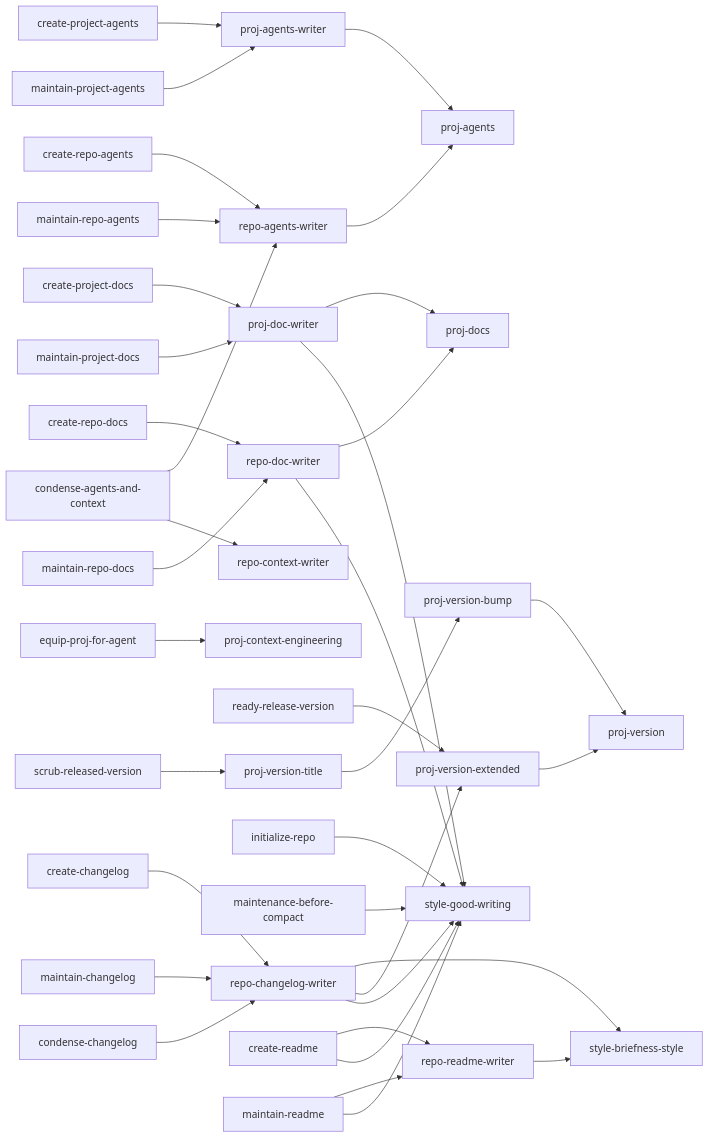
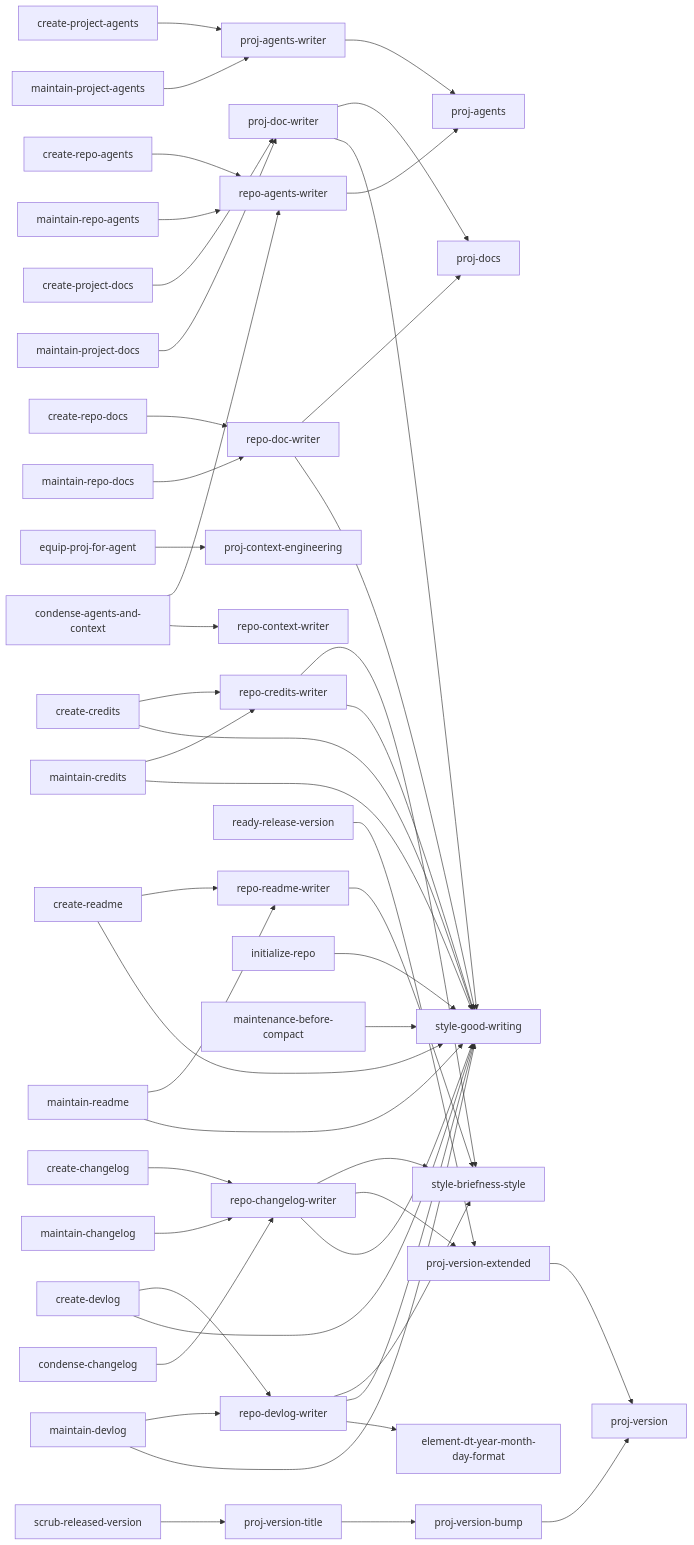
One commit to kami-lel/kaye-library changed the second of 7 diagrams in docs/blueprint-doc.md. Above: the diagram before and after it, drawn with Mermaid. The commit also changed 6 other files, not shown here.

First line of the commit message:
doc CREDITS & DEVLOG writers: catalog rows, dep graph, skill count

````diff
--- a/docs/blueprint-doc.md
+++ b/docs/blueprint-doc.md
@@ -37,38 +37,51 @@
 ```mermaid
 flowchart LR
     proj_agents_writer["proj-agents-writer"] --> proj_agents["proj-agents"]
     repo_agents_writer["repo-agents-writer"] --> proj_agents
     proj_doc_writer["proj-doc-writer"] --> proj_docs["proj-docs"]
     repo_doc_writer["repo-doc-writer"] --> proj_docs
     proj_doc_writer --> style_good_writing["style-good-writing"]
     repo_doc_writer --> style_good_writing
     equip_proj_for_agent["equip-proj-for-agent"] --> proj_context_engineering["proj-context-engineering"]
     repo_readme_writer["repo-readme-writer"] --> style_briefness_style["style-briefness-style"]
     repo_changelog_writer["repo-changelog-writer"] --> style_briefness_style
     repo_changelog_writer --> proj_version_extended["proj-version-extended"]
     repo_changelog_writer --> style_good_writing
+    repo_credits_writer["repo-credits-writer"] --> style_briefness_style
+    repo_credits_writer --> style_good_writing
+    repo_devlog_writer["repo-devlog-writer"] --> style_briefness_style
+    repo_devlog_writer --> style_good_writing
+    repo_devlog_writer --> element_dt_year_month_day_format["element-dt-year-month-day-format"]
     ready_release_version["ready-release-version"] --> proj_version_extended
     scrub_released_version["scrub-released-version"] --> proj_version_title["proj-version-title"]
     proj_version_title["proj-version-title"] --> proj_version_bump["proj-version-bump"]
     proj_version_bump --> proj_version["proj-version"]
     proj_version_extended --> proj_version
     initialize_repo["initialize-repo"] --> style_good_writing
     maintenance_before_compact["maintenance-before-compact"] --> style_good_writing
     condense_agents_and_context["condense-agents-and-context"] --> repo_agents_writer
     condense_agents_and_context --> repo_context_writer["repo-context-writer"]
     create_project_agents["create-project-agents"] --> proj_agents_writer
     maintain_project_agents["maintain-project-agents"] --> proj_agents_writer
     create_project_docs["create-project-docs"] --> proj_doc_writer
     maintain_project_docs["maintain-project-docs"] --> proj_doc_writer
     create_readme["create-readme"] --> repo_readme_writer
     maintain_readme["maintain-readme"] --> repo_readme_writer
     create_readme --> style_good_writing
     maintain_readme --> style_good_writing
     create_changelog["create-changelog"] --> repo_changelog_writer
     maintain_changelog["maintain-changelog"] --> repo_changelog_writer
     condense_changelog["condense-changelog"] --> repo_changelog_writer
+    create_credits["create-credits"] --> repo_credits_writer
+    maintain_credits["maintain-credits"] --> repo_credits_writer
+    create_devlog["create-devlog"] --> repo_devlog_writer
+    maintain_devlog["maintain-devlog"] --> repo_devlog_writer
+    create_credits --> style_good_writing
+    maintain_credits --> style_good_writing
+    create_devlog --> style_good_writing
+    maintain_devlog --> style_good_writing
     create_repo_agents["create-repo-agents"] --> repo_agents_writer
     maintain_repo_agents["maintain-repo-agents"] --> repo_agents_writer
     create_repo_docs["create-repo-docs"] --> repo_doc_writer
     maintain_repo_docs["maintain-repo-docs"] --> repo_doc_writer
 ```
````
